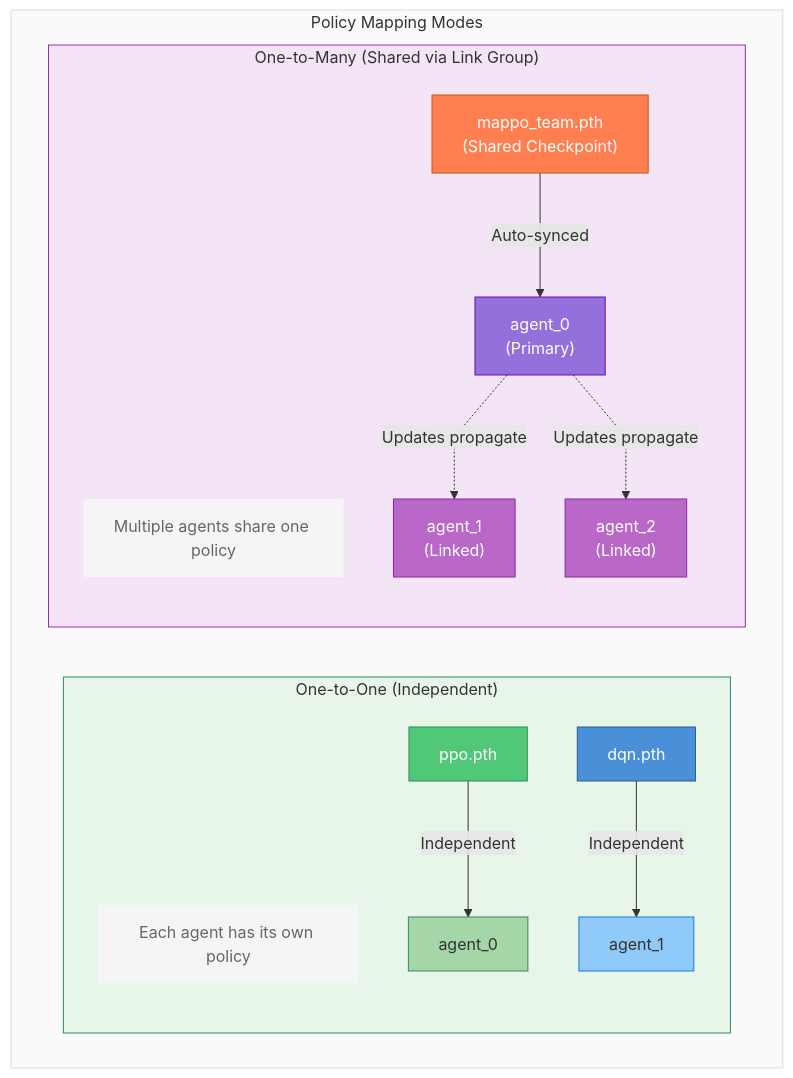
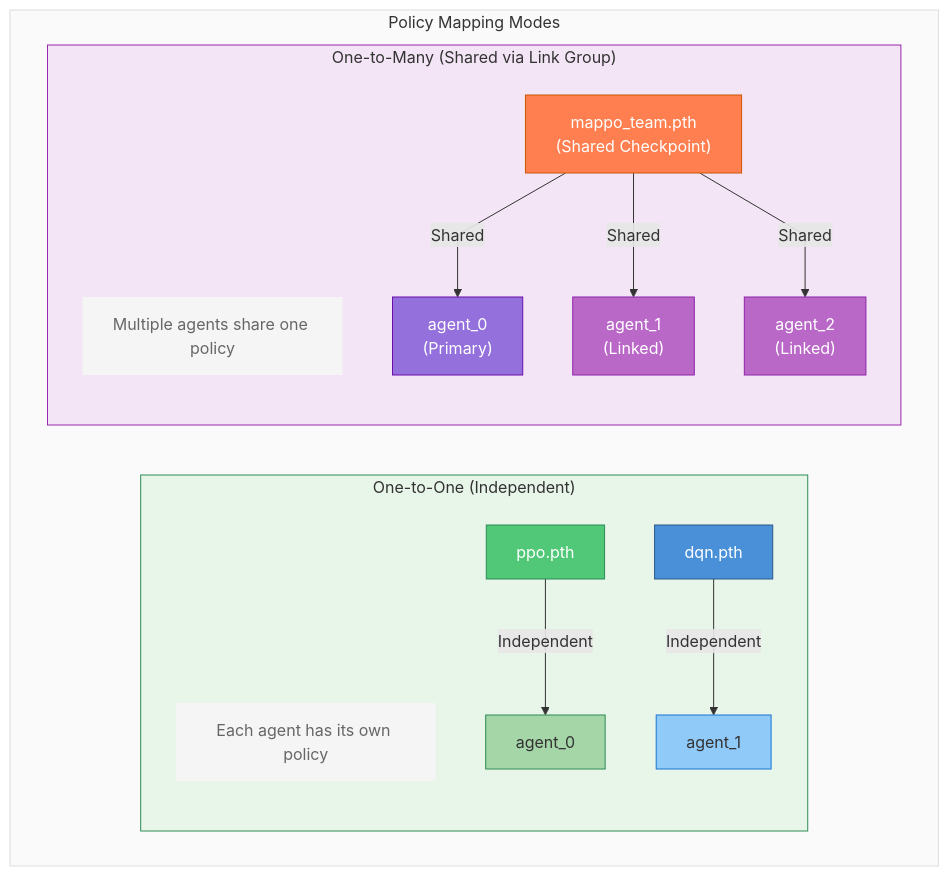
One commit to Abdulhamid97Mousa/mosaic changed the diagram in docs/source/index.rst. Above: the diagram before and after it, drawn with Mermaid. The commit also changed other lines of this file and 10 other files, not shown here.

```diff
--- a/docs/source/index.rst
+++ b/docs/source/index.rst
@@ -214,48 +214,48 @@
 .. mermaid::
 
    %%{init: {"flowchart": {"curve": "linear"}} }%%
    graph TB
        subgraph SCENARIO["Policy Mapping Modes"]
            direction LR
 
            subgraph ONE["One-to-One (Independent)"]
                direction TB
                ONE_TITLE["Each agent has its own policy"]
                PPO["ppo.pth"]
                DQN["dqn.pth"]
                A0["agent_0"]
                A1["agent_1"]
 
                PPO -->|"Independent"| A0
                DQN -->|"Independent"| A1
 
                style ONE_TITLE fill:#f5f5f5,stroke:none,color:#666
                style PPO fill:#50c878,stroke:#2e8b57,color:#fff
                style DQN fill:#4a90d9,stroke:#2e5a87,color:#fff
                style A0 fill:#a5d6a7,stroke:#2e8b57,color:#333
                style A1 fill:#90caf9,stroke:#1976d2,color:#333
            end
 
            subgraph MANY["One-to-Many (Shared via Link Group)"]
                direction TB
                MANY_TITLE["Multiple agents share one policy"]
                CHECKPOINT["mappo_team.pth<br/>(Shared Checkpoint)"]
                B0["agent_0<br/>(Primary)"]
                B1["agent_1<br/>(Linked)"]
                B2["agent_2<br/>(Linked)"]
 
-               CHECKPOINT -->|"Auto-synced"| B0
-               B0 -.->|"Updates propagate"| B1
-               B0 -.->|"Updates propagate"| B2
+               CHECKPOINT -->|"Shared"| B0
+               CHECKPOINT -->|"Shared"| B1
+               CHECKPOINT -->|"Shared"| B2
 
                style MANY_TITLE fill:#f5f5f5,stroke:none,color:#666
                style CHECKPOINT fill:#ff7f50,stroke:#cc5500,color:#fff
                style B0 fill:#9370db,stroke:#6a0dad,color:#fff
                style B1 fill:#ba68c8,stroke:#8e24aa,color:#fff
                style B2 fill:#ba68c8,stroke:#8e24aa,color:#fff
            end
        end
 
        style SCENARIO fill:#fafafa,stroke:#ddd,color:#333
        style ONE fill:#e8f5e9,stroke:#2e8b57,color:#333
        style MANY fill:#f3e5f5,stroke:#9c27b0,color:#333
```
